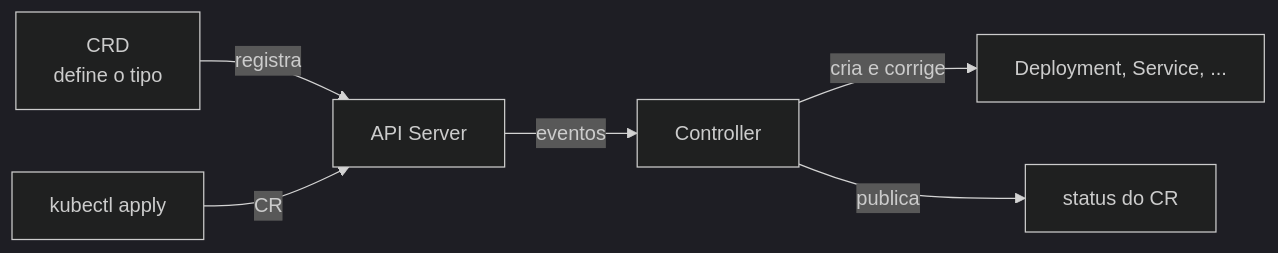
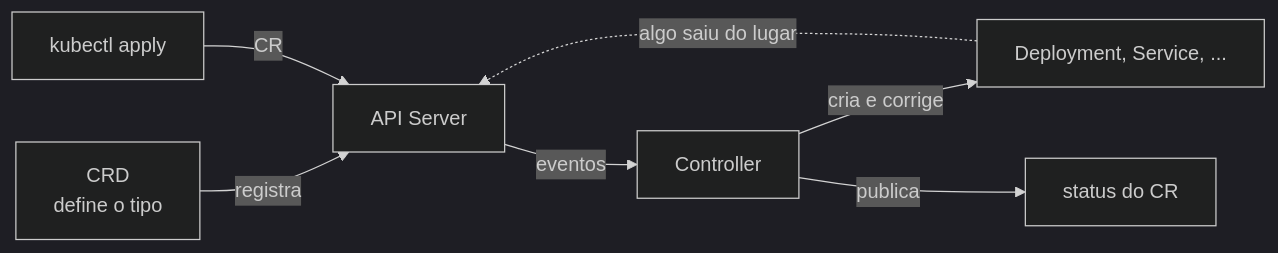
One commit to cloud104/tcloud-devops-k8s-operators-training changed the first of 4 diagrams in docs/01-conceitos-basicos.md. Above: the diagram before and after it, drawn with Mermaid (dark theme). The commit also changed other lines of this file and 6 other files, not shown here.

First line of the commit message:
docs: revisa material teorico, corrige APIs e melhora diagramas

````diff
--- a/docs/01-conceitos-basicos.md
+++ b/docs/01-conceitos-basicos.md
@@ -14,8 +14,9 @@
 ```mermaid
 flowchart LR
     CRD["CRD<br/>define o tipo"] -->|registra| API["API Server"]
     USER["kubectl apply"] -->|CR| API
     API -->|eventos| CTRL["Controller"]
     CTRL -->|cria e corrige| RES["Deployment, Service, ..."]
     CTRL -->|publica| STATUS["status do CR"]
+    RES -.->|algo saiu do lugar| API
 ```
````
